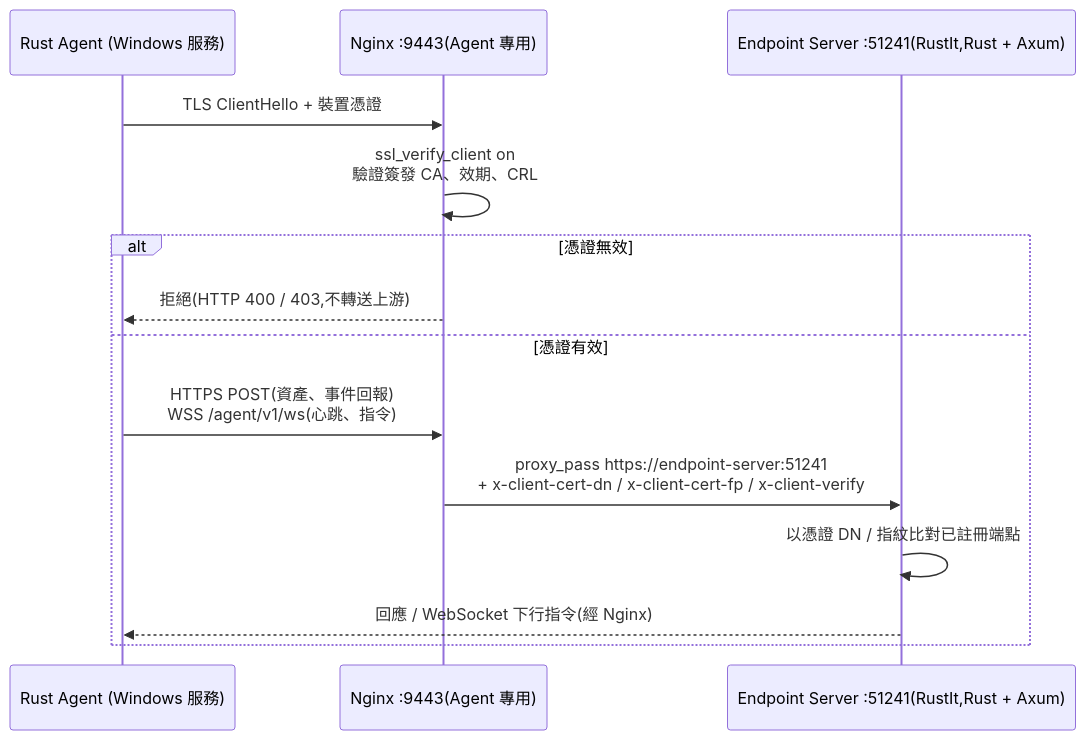
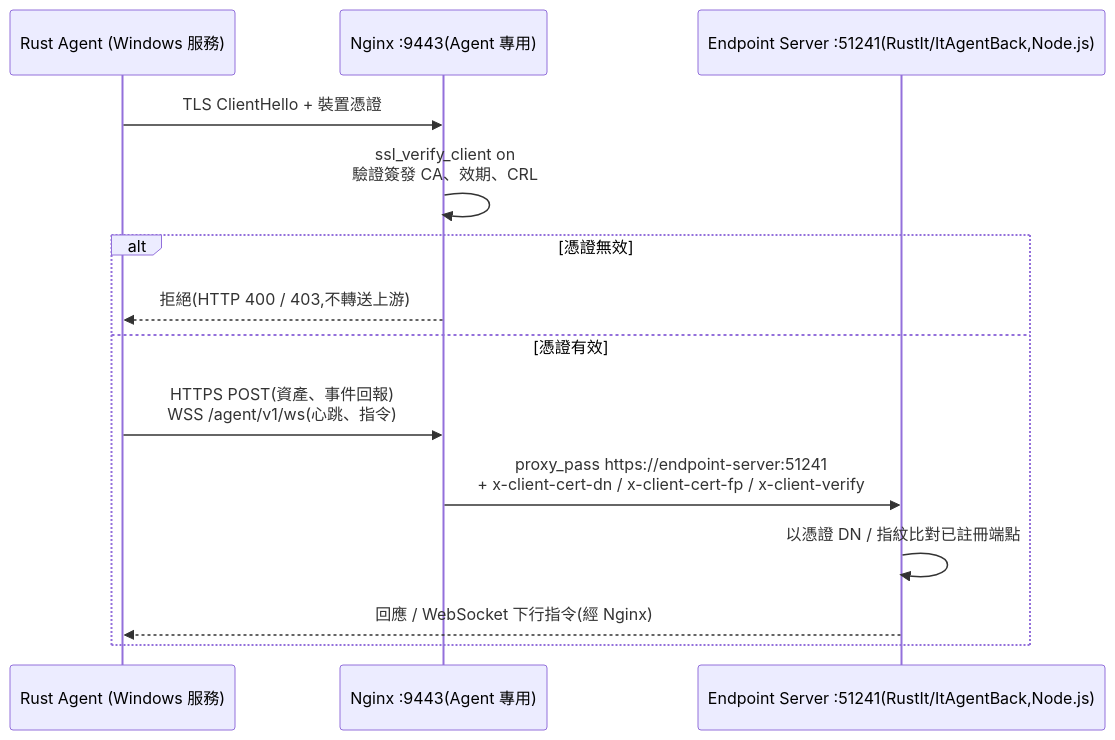
The first of 8 diagrams in docs/PRD.md (WeiWeicode/giga-api-gateway-bff), drawn with Mermaid before and after one commit. The commit also changed 5 other files, not shown here.

First line of the commit message:
docs: ENDPOINT-AGENT-GUIDE v0.4 Endpoint Server 改 Node.js(RustIt ItAgentBack);AGENT §10、架構與專案地圖同步

````diff
--- a/docs/PRD.md
+++ b/docs/PRD.md
@@ -202,16 +202,16 @@
 ```mermaid
 sequenceDiagram
     participant AG as Rust Agent (Windows 服務)
     participant NX as Nginx :9443(Agent 專用)
-    participant EP as Endpoint Server :51241(RustIt,Rust + Axum)
+    participant EP as Endpoint Server :51241(RustIt/ItAgentBack,Node.js)
     AG->>NX: TLS ClientHello + 裝置憑證
     NX->>NX: ssl_verify_client on<br/>驗證簽發 CA、效期、CRL
     alt 憑證無效
         NX-->>AG: 拒絕(HTTP 400 / 403,不轉送上游)
     else 憑證有效
         AG->>NX: HTTPS POST(資產、事件回報)<br/>WSS /agent/v1/ws(心跳、指令)
         NX->>EP: proxy_pass https://endpoint-server:51241<br/>+ x-client-cert-dn / x-client-cert-fp / x-client-verify
         EP->>EP: 以憑證 DN / 指紋比對已註冊端點
         EP-->>AG: 回應 / WebSocket 下行指令(經 Nginx)
     end
 ```
````
